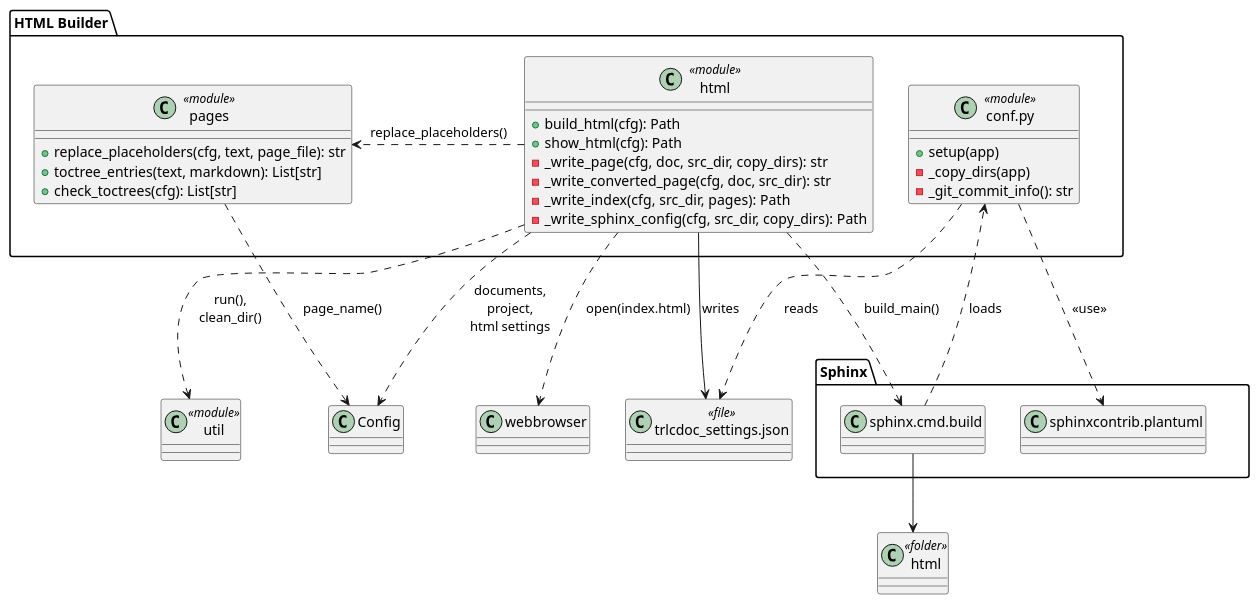
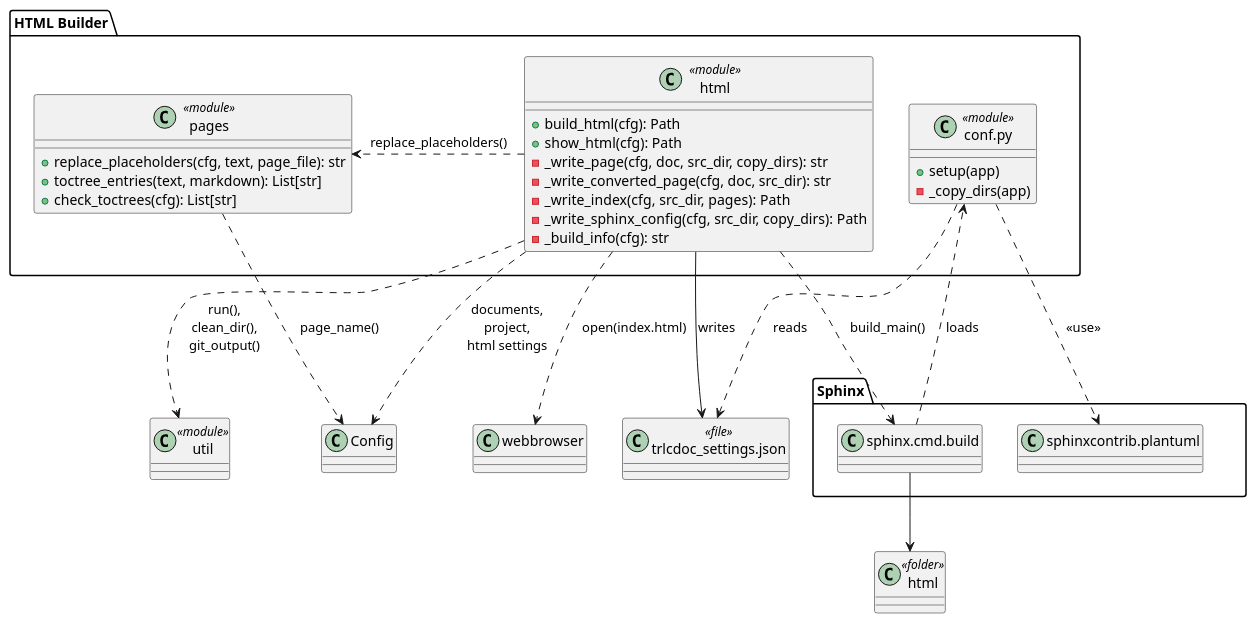
The diagram in trlc/swe-arch/img/comp_html.puml (nhjschulz/trlc-doc), drawn with PlantUML before and after one commit. The commit also changed 7 other files, not shown here.

First line of the commit message:
feat(html): Show git describe and branch in the page footer

```diff
--- a/trlc/swe-arch/img/comp_html.puml
+++ b/trlc/swe-arch/img/comp_html.puml
@@ -1,52 +1,52 @@
 @startuml comp_html
 
 package "HTML Builder" {
     class "html" as html <<module>> {
         + build_html(cfg): Path
         + show_html(cfg): Path
         - _write_page(cfg, doc, src_dir, copy_dirs): str
         - _write_converted_page(cfg, doc, src_dir): str
         - _write_index(cfg, src_dir, pages): Path
         - _write_sphinx_config(cfg, src_dir, copy_dirs): Path
+        - _build_info(cfg): str
     }
 
     class "pages" as pages <<module>> {
         + replace_placeholders(cfg, text, page_file): str
         + toctree_entries(text, markdown): List[str]
         + check_toctrees(cfg): List[str]
     }
 
     class "conf.py" as conf <<module>> {
         + setup(app)
         - _copy_dirs(app)
-        - _git_commit_info(): str
     }
 
 }
 
 package "Sphinx" {
     class "sphinx.cmd.build" as build
     class "sphinxcontrib.plantuml" as spuml
 }
 
 "HTML Builder" .d[hidden].> "Sphinx" 
 
 class "Config" as cfg
 class "util" as util <<module>>
 
 class "trlcdoc_settings.json" as settings <<file>>
 class "html" as site <<folder>>
 class "webbrowser" as browser
 
 html .> cfg : documents,\nproject,\nhtml settings
-html ..> util : run(),\nclean_dir()
+html ..> util : run(),\nclean_dir(),\ngit_output()
 html .> pages : replace_placeholders()
 pages ..> cfg : page_name()
 html --> settings : writes
 html ..> build : build_main()
 build ..> conf : loads
 conf ..> settings : reads
 conf .r.> spuml : <<use>>
 build -d-> site
 html ..> browser : open(index.html)
 @enduml
```
